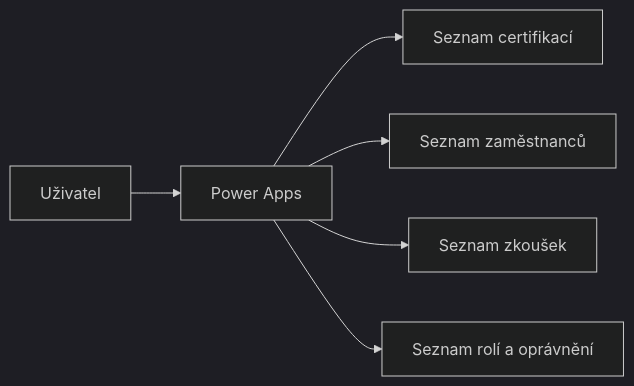
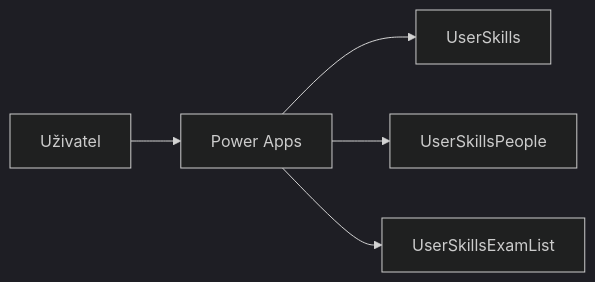
The first of 2 diagrams in Certifikace/README.md (KarlaRoot/Automation), drawn with Mermaid (dark theme) before and after one commit. The commit also changed other lines of this file, not shown here.

````diff
--- a/Certifikace/README.md
+++ b/Certifikace/README.md
@@ -32,8 +26,7 @@
 ```mermaid
 flowchart LR
     U[Uživatel] --> A[Power Apps]
-    A --> C[Seznam certifikací]
-    A --> E[Seznam zaměstnanců]
-    A --> X[Seznam zkoušek]
-    A --> R[Seznam rolí a oprávnění]
+    A --> S[UserSkills]
+    A --> P[UserSkillsPeople]
+    A --> E[UserSkillsExamList]
 ```
````
